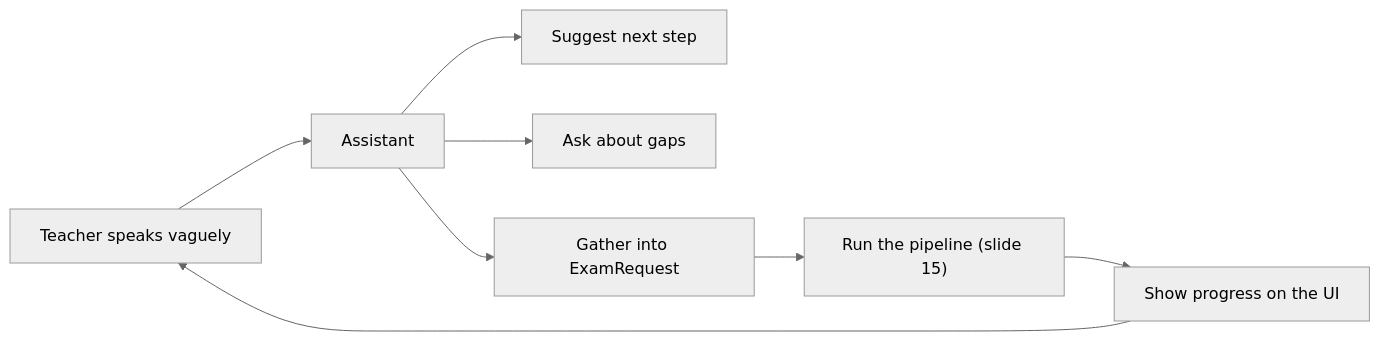
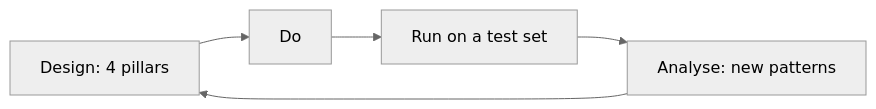
Before and after one commit to ndmhuy/ASTRA: diagram 15 of 16 in docs/ct-slide-plan.en.md, drawn with Mermaid (neutral theme). The commit also changed other lines of this file and 1 other file, not shown here.

First line of the commit message:
docs(slides): apply team review to CT slide plan (v2)

````diff
--- a/docs/ct-slide-plan.en.md
+++ b/docs/ct-slide-plan.en.md
@@ -733,10 +634,7 @@
 ```mermaid
 flowchart LR
-    U["Teacher speaks vaguely"] --> AS["Assistant"]
-    AS --> S1["Suggest next step"]
-    AS --> S2["Ask about gaps"]
-    AS --> S3["Gather into ExamRequest"]
-    S3 --> RUN["Run the pipeline (slide 15)"]
-    RUN --> PR["Show progress on the UI"]
-    PR --> U
+    DS["Design: 4 pillars"] --> IM["Do"]
+    IM --> SM["Run on a test set"]
+    SM --> AN["Analyse: new patterns"]
+    AN --> DS
 ```
````
